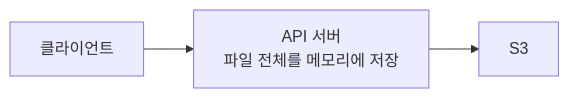
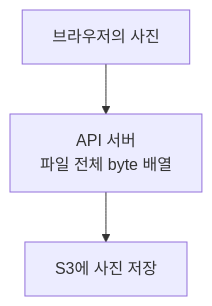
Before and after one commit to jhkimm96/jihee-portfolio: the first of 2 diagrams in content/study/aws/s3-presigned-url.mdx, drawn with Mermaid. The commit also changed other lines of this file and 4 other files, not shown here.

````diff
--- a/content/study/aws/s3-presigned-url.mdx
+++ b/content/study/aws/s3-presigned-url.mdx
@@ -15,5 +18,5 @@
 ```mermaid
-flowchart LR
-    client["클라이언트"] --> server["API 서버<br/>파일 전체를 메모리에 저장"]
-    server --> storage["S3"]
+flowchart TD
+  U["브라우저의 사진"] --> A["API 서버<br/>파일 전체 byte 배열"]
+  A --> S["S3에 사진 저장"]
 ```
````
